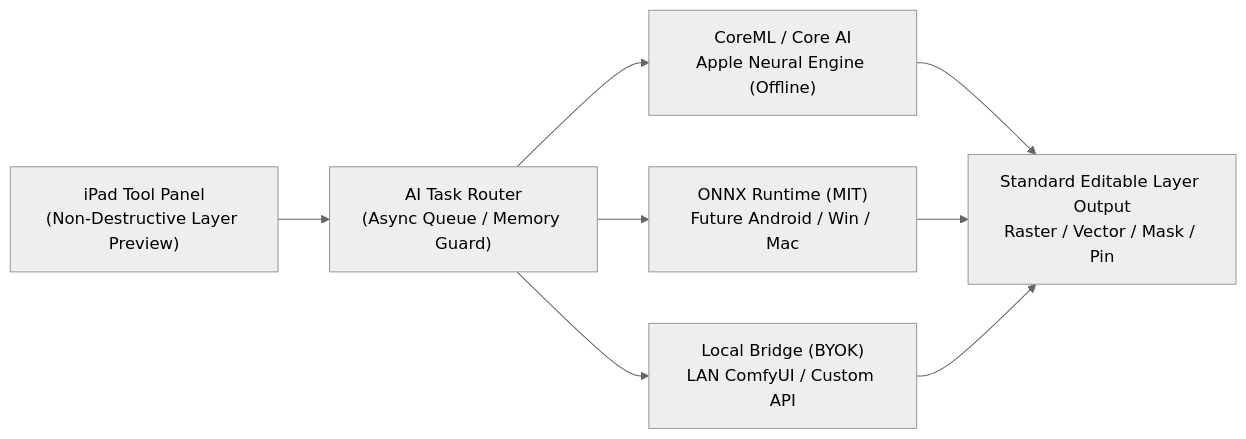
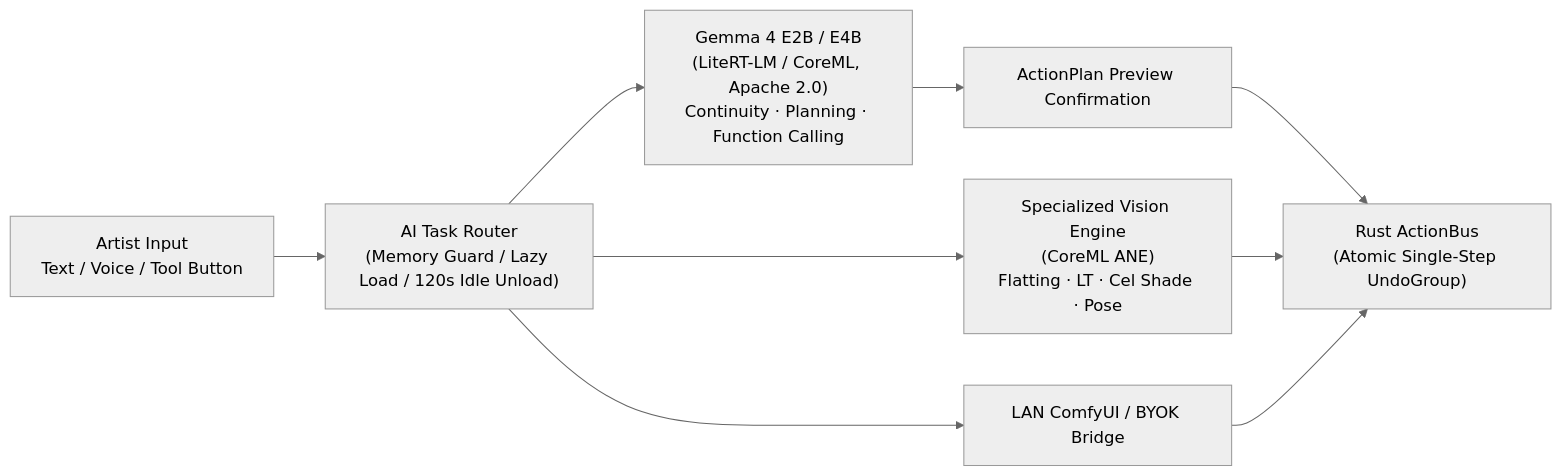
The diagram in docs/en/03-ai-assistant-spec.md (70sDushuren/About-Paint-Tools), drawn with Mermaid (neutral theme) before and after one commit. The commit also changed other lines of this file and 15 other files, not shown here.

First line of the commit message:
docs: add dual-track priority, embedded Gemma 4 local AI spec, and WBS task breakdown

````diff
--- a/docs/en/03-ai-assistant-spec.md
+++ b/docs/en/03-ai-assistant-spec.md
@@ -66,10 +67,11 @@
 ```mermaid
 flowchart LR
-    UI["iPad Tool Panel<br/>(Non-Destructive Layer Preview)"] --> Router["AI Task Router<br/>(Async Queue / Memory Guard)"]
-    Router --> ANE["CoreML / Core AI<br/>Apple Neural Engine (Offline)"]
-    Router --> ONNX["ONNX Runtime (MIT)<br/>Future Android / Win / Mac"]
-    Router --> BYOK["Local Bridge (BYOK)<br/>LAN ComfyUI / Custom API"]
-    ANE --> Layer["Standard Editable Layer Output<br/>Raster / Vector / Mask / Pin"]
-    ONNX --> Layer
-    BYOK --> Layer
+    Input["Artist Input<br/>Text / Voice / Tool Button"] --> Router["AI Task Router<br/>(Memory Guard / Lazy Load / 120s Idle Unload)"]
+    Router --> Gemma["Gemma 4 E2B / E4B<br/>(LiteRT-LM / CoreML, Apache 2.0)<br/>Continuity · Planning · Function Calling"]
+    Router --> Vision["Specialized Vision Engine<br/>(CoreML ANE)<br/>Flatting · LT · Cel Shade · Pose"]
+    Router --> BYOK["LAN ComfyUI / BYOK Bridge"]
+    Gemma --> Preview["ActionPlan Preview Confirmation"]
+    Preview --> Bus["Rust ActionBus<br/>(Atomic Single-Step UndoGroup)"]
+    Vision --> Bus
+    BYOK --> Bus
 ```
````
